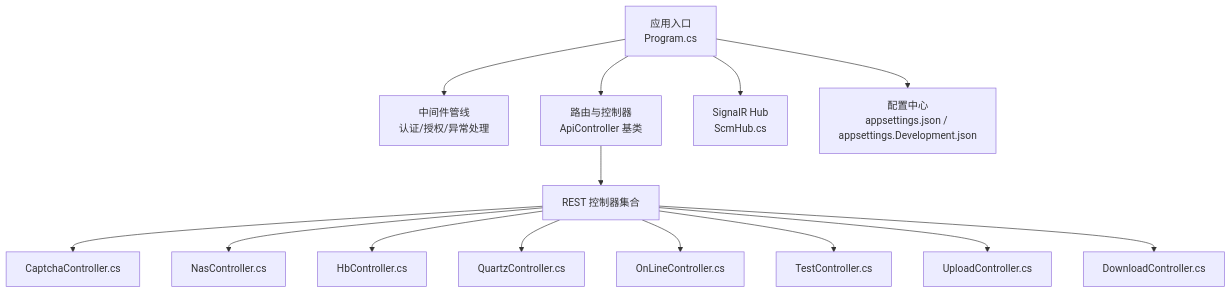
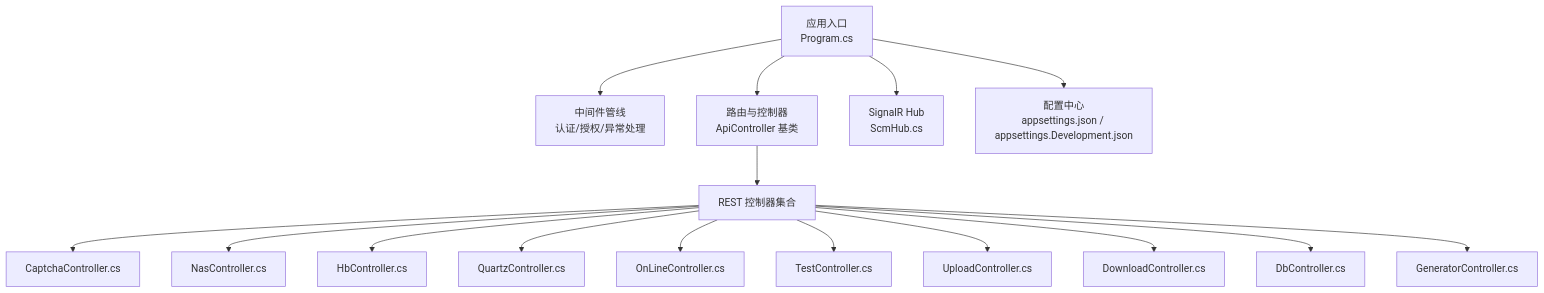
Before and after one commit to leadiot/Scm.Net: the first of 10 diagrams in .qoder/repowiki/zh/content/API 参考文档/API 参考文档.md, drawn with Mermaid. The commit also changed other lines of this file and 126 other files, not shown here.

````diff
--- a/.qoder/repowiki/zh/content/API 参考文档/API 参考文档.md
+++ b/.qoder/repowiki/zh/content/API 参考文档/API 参考文档.md
@@ -44,16 +66,18 @@
 ```mermaid
 graph TB
 A["应用入口<br/>Program.cs"] --> B["中间件管线<br/>认证/授权/异常处理"]
 A --> C["路由与控制器<br/>ApiController 基类"]
 A --> D["SignalR Hub<br/>ScmHub.cs"]
 A --> E["配置中心<br/>appsettings.json / appsettings.Development.json"]
 C --> F["REST 控制器集合"]
 F --> F1["CaptchaController.cs"]
 F --> F2["NasController.cs"]
 F --> F3["HbController.cs"]
 F --> F4["QuartzController.cs"]
 F --> F5["OnLineController.cs"]
 F --> F6["TestController.cs"]
 F --> F7["UploadController.cs"]
 F --> F8["DownloadController.cs"]
+F --> F9["DbController.cs"]
+F --> F10["GeneratorController.cs"]
 ```
````
